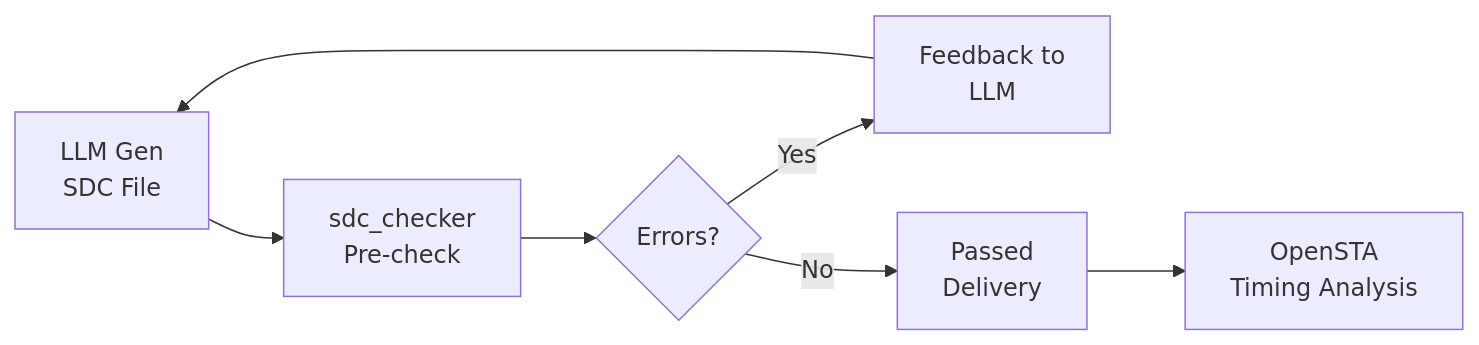
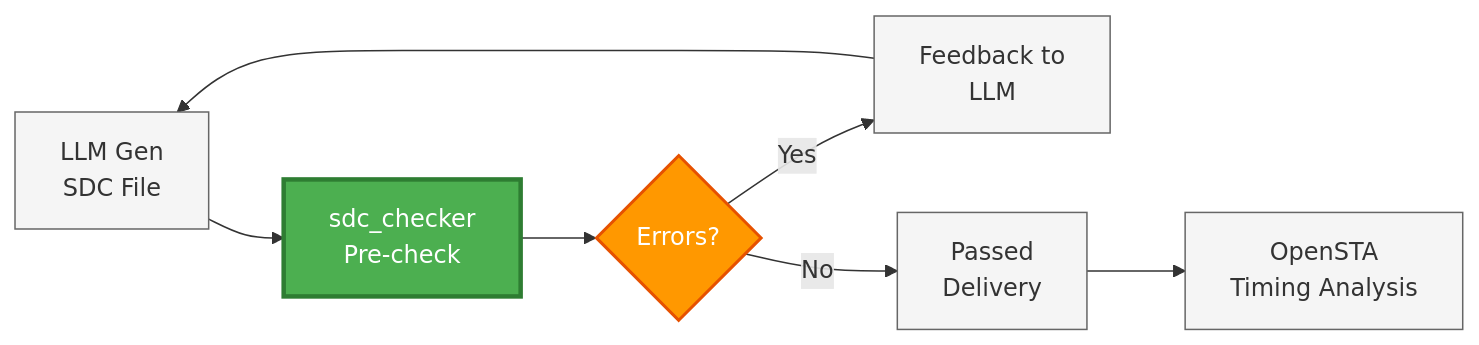
One commit to kbkpbot/sdc_checker changed the diagram in README.md. Above: the diagram before and after it, drawn with Mermaid.

Commit message:
Highlight sdc_checker node in Mermaid workflow diagram with green styling

````diff
--- a/README.md
+++ b/README.md
@@ -23,9 +23,17 @@
 ```mermaid
 flowchart LR
     A[LLM Gen<br/>SDC File] --> B[sdc_checker<br/>Pre-check]
     B --> C{Errors?}
     C -->|Yes| D[Feedback to<br/>LLM]
     D --> A
     C -->|No| E[Passed<br/>Delivery]
     E --> F[OpenSTA<br/>Timing Analysis]
+
+    classDef highlight fill:#4CAF50,stroke:#2E7D32,stroke-width:3px,color:#fff
+    classDef normal fill:#f5f5f5,stroke:#666,stroke-width:1px
+    classDef decision fill:#FF9800,stroke:#E65100,stroke-width:2px,color:#fff
+
+    class B highlight
+    class A,D,E,F normal
+    class C decision
 ```
````
